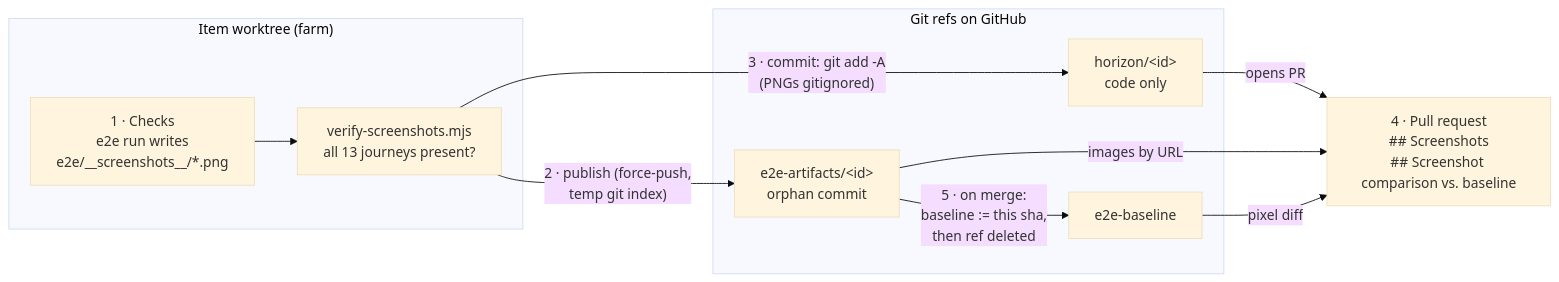
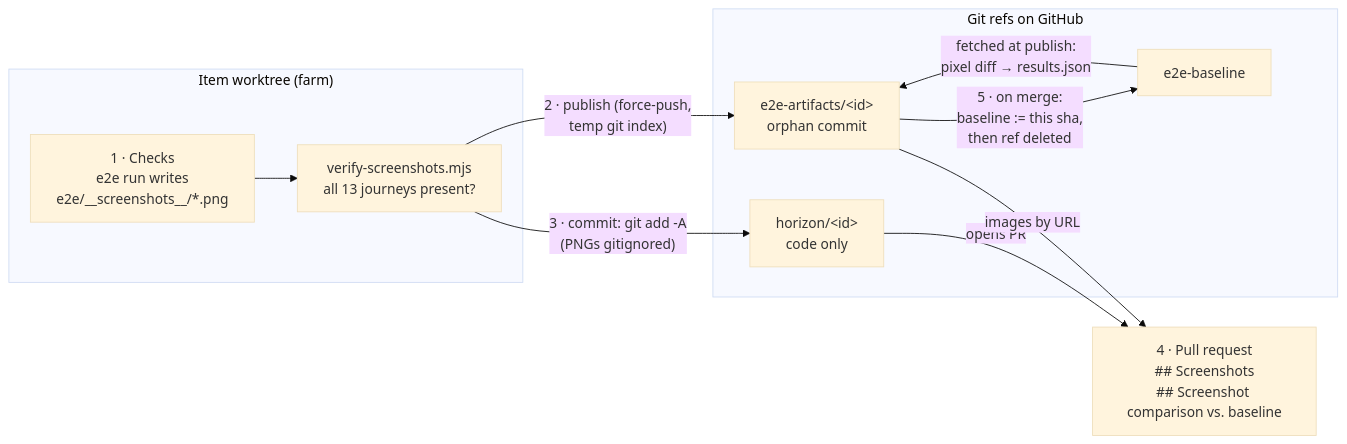
Before and after one commit to FinTekkers/horizon: the first of 2 diagrams in docs/e2e-screenshots.md, drawn with Mermaid (base theme). The commit also changed other lines of this file and 14 other files, not shown here.

````diff
--- a/docs/e2e-screenshots.md
+++ b/docs/e2e-screenshots.md
@@ -27,21 +27,21 @@
 ```mermaid
 flowchart LR
     subgraph WT["Item worktree (farm)"]
         A["1 · Checks<br/>e2e run writes<br/>e2e/__screenshots__/*.png"]
         V["verify-screenshots.mjs<br/>all 13 journeys present?"]
     end
     subgraph REFS["Git refs on GitHub"]
         ART["e2e-artifacts/&lt;id&gt;<br/>orphan commit"]
         CODE["horizon/&lt;id&gt;<br/>code only"]
         BASE["e2e-baseline"]
     end
     PR["4 · Pull request<br/>## Screenshots<br/>## Screenshot comparison vs. baseline"]
 
     A --> V
     V -- "2 · publish (force-push,<br/>temp git index)" --> ART
     V -- "3 · commit: git add -A<br/>(PNGs gitignored)" --> CODE
     CODE -- "opens PR" --> PR
     ART -- "images by URL" --> PR
-    BASE -- "pixel diff" --> PR
+    BASE -- "fetched at publish:<br/>pixel diff → results.json" --> ART
     ART -- "5 · on merge:<br/>baseline := this sha,<br/>then ref deleted" --> BASE
 ```
````
